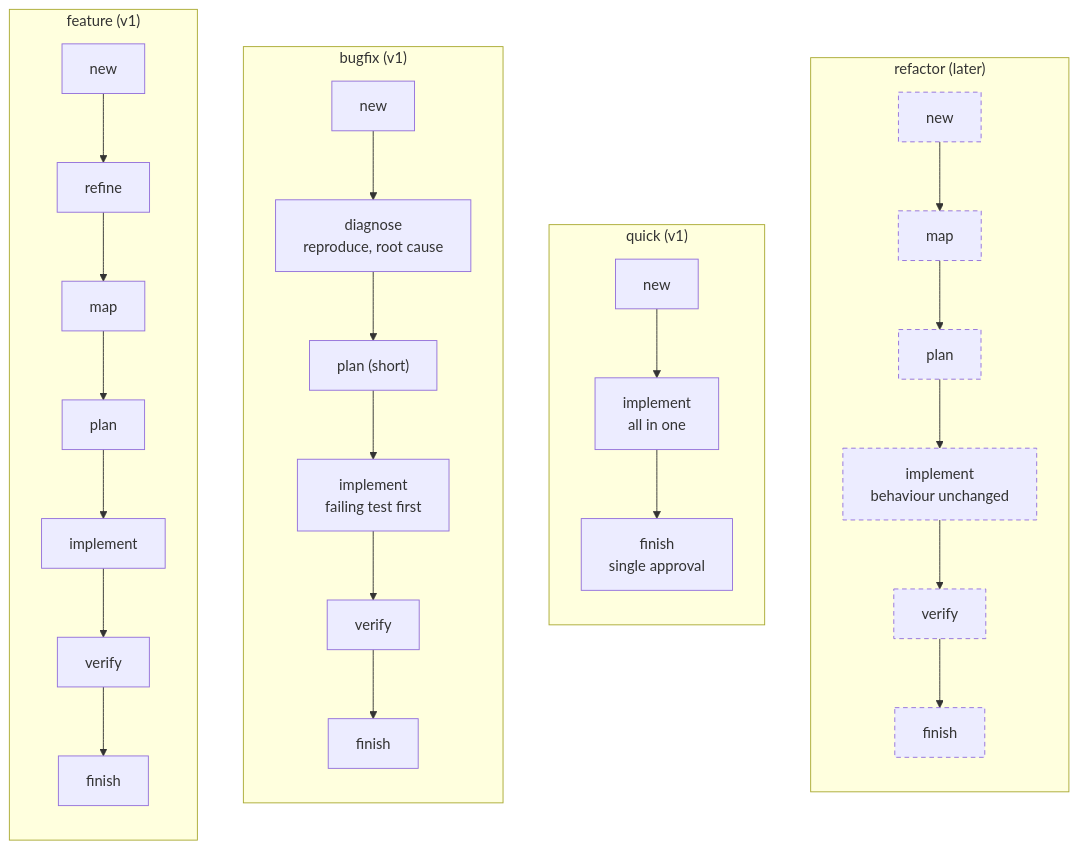
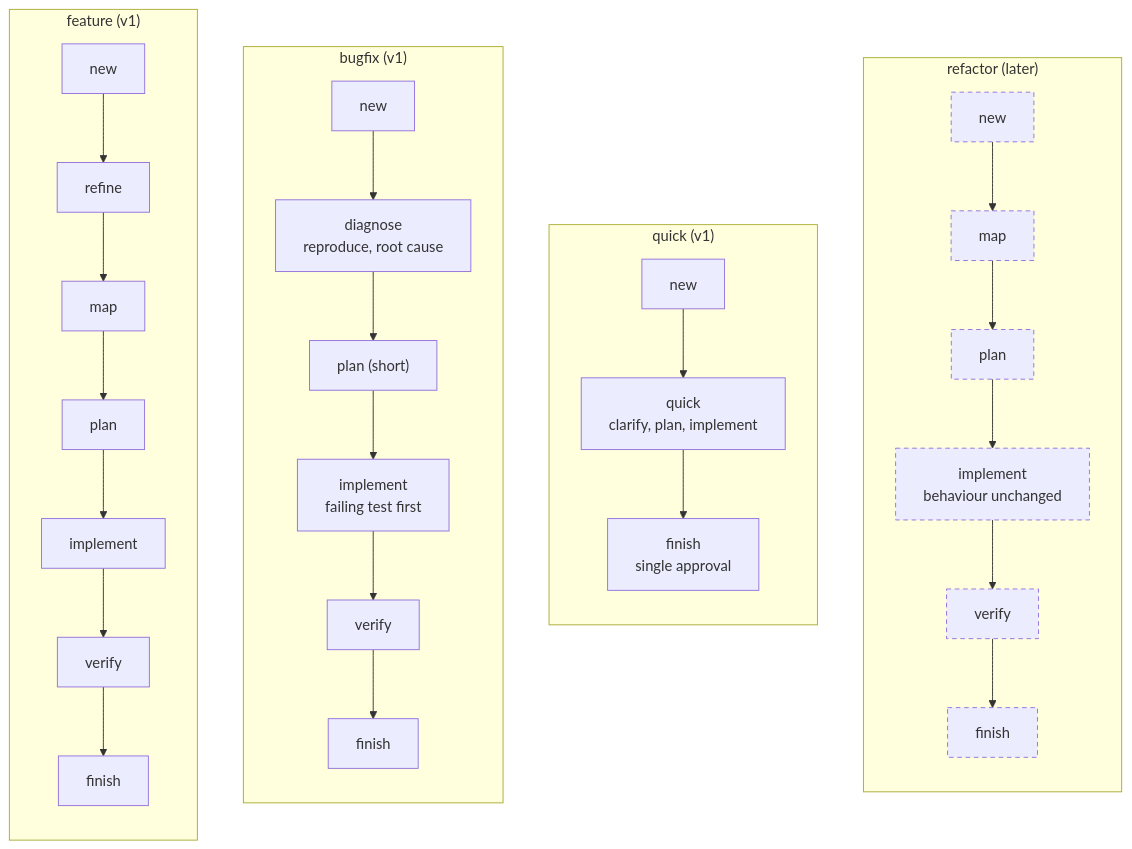
One commit to CreativeCodersTeam/shade-kit changed the second of 4 diagrams in research/shade-kit-concept.md. Above: the diagram before and after it, drawn with Mermaid. The commit also changed other lines of this file and 170 other files, not shown here.

````diff
--- a/research/shade-kit-concept.md
+++ b/research/shade-kit-concept.md
@@ -360,23 +422,23 @@
 ```mermaid
 flowchart LR
     subgraph feature["feature (v1)"]
         direction TB
         f1[new] --> f2[refine] --> f3[map] --> f4[plan] --> f5[implement] --> f6[verify] --> f7[finish]
     end
     subgraph bugfix["bugfix (v1)"]
         direction TB
         b1[new] --> b2["diagnose<br/>reproduce, root cause"] --> b3["plan (short)"] --> b4["implement<br/>failing test first"] --> b5[verify] --> b6[finish]
     end
     subgraph quick["quick (v1)"]
         direction TB
-        q1[new] --> q2["implement<br/>all in one"] --> q3["finish<br/>single approval"]
+        q1[new] --> q2["quick<br/>clarify, plan, implement"] --> q3["finish<br/>single approval"]
     end
     subgraph refactor["refactor (later)"]
         direction TB
         r1[new] --> r2[map] --> r3[plan] --> r4["implement<br/>behaviour unchanged"] --> r5[verify] --> r6[finish]
     end
     feature ~~~ bugfix ~~~ quick ~~~ refactor
 
     classDef later stroke-dasharray:5 4
     class r1,r2,r3,r4,r5,r6 later
 ```
````
